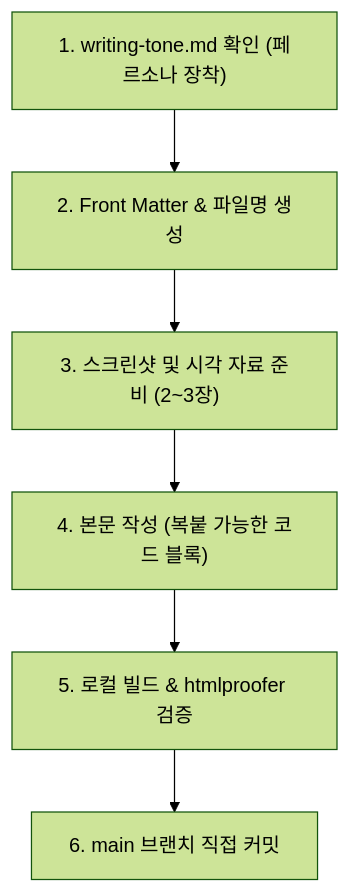
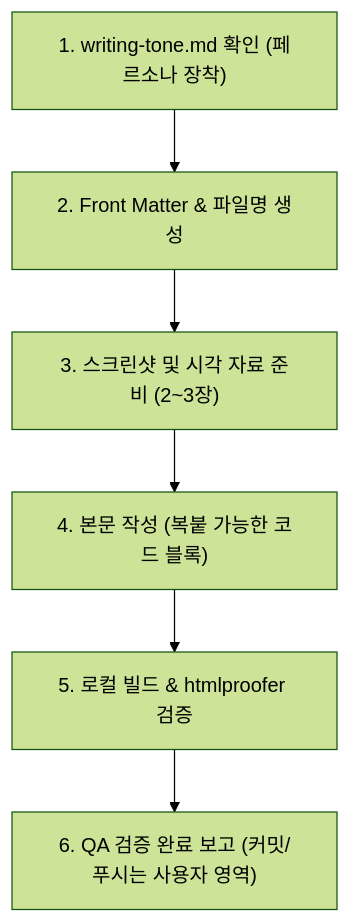
One commit to cmsong111/blog changed the diagram in agent.md. Above: the diagram before and after it, drawn with Mermaid (forest theme). The commit also changed other lines of this file and 28 other files, not shown here.

````diff
--- a/agent.md
+++ b/agent.md
@@ -35,8 +35,8 @@
 ```mermaid
 flowchart TD
     A["1. writing-tone.md 확인 (페르소나 장착)"] --> B["2. Front Matter & 파일명 생성"]
     B --> C["3. 스크린샷 및 시각 자료 준비 (2~3장)"]
     C --> D["4. 본문 작성 (복붙 가능한 코드 블록)"]
     D --> E["5. 로컬 빌드 & htmlproofer 검증"]
-    E --> F["6. main 브랜치 직접 커밋"]
+    E --> F["6. QA 검증 완료 보고 (커밋/푸시는 사용자 영역)"]
 ```
````
